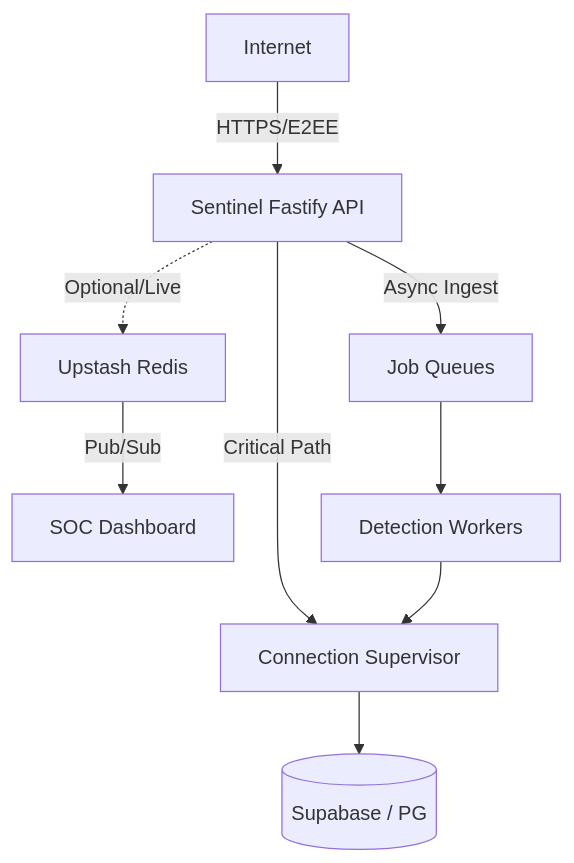
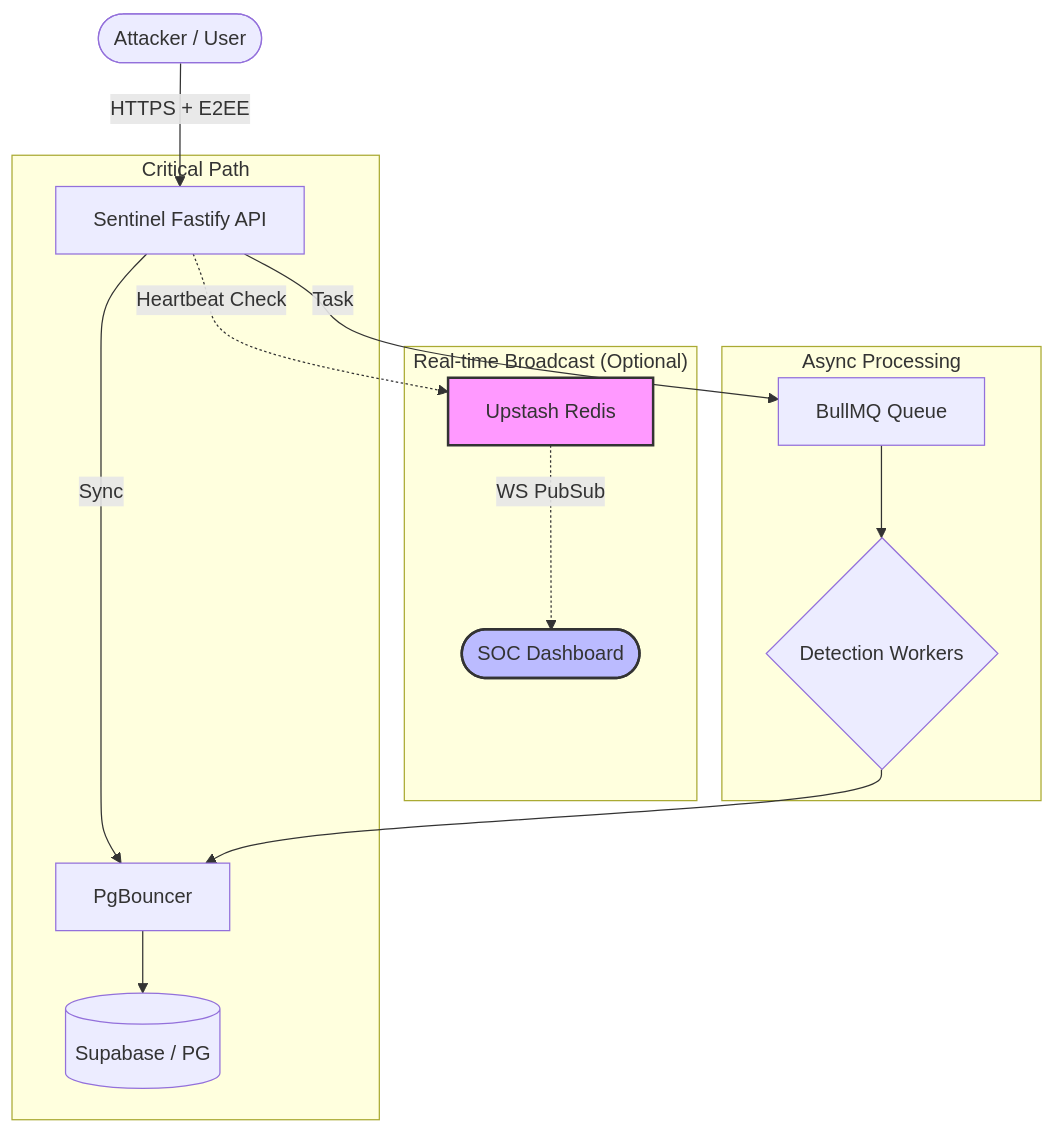
Before and after one commit to anant720/Sentinel: the diagram in backend/sentinel-core/docs/architecture.md, drawn with Mermaid. The commit also changed 1 other file, not shown here.

Commit message:
docs: fix architecture diagram formatting and refinement v26.3.2

````diff
--- a/backend/sentinel-core/docs/architecture.md
+++ b/backend/sentinel-core/docs/architecture.md
@@ -9,13 +9,23 @@
 ```mermaid
 graph TD
-    Internet-->|HTTPS/E2EE| API[Sentinel Fastify API]
-    API-->|Critical Path| PgBouncer[Connection Supervisor]
-    PgBouncer-->PostgreSQL[(Supabase / PG)]
+    User([Attacker / User]) -->|HTTPS + E2EE| API[Sentinel Fastify API]
     
-    API-.->|Optional/Live| Redis[Upstash Redis]
-    Redis-->|Pub/Sub| SOC[SOC Dashboard]
-    
-    API-->|Async Ingest| BullMQ[Job Queues]
-    BullMQ-->Workers[Detection Workers]
-    Workers-->PgBouncer
+    subgraph "Critical Path"
+        API -->|Sync| PgB[PgBouncer]
+        PgB --> DB[(Supabase / PG)]
+    end
+
+    subgraph "Real-time Broadcast (Optional)"
+        API -.->|Heartbeat Check| Redis[Upstash Redis]
+        Redis -.->|WS PubSub| SOC([SOC Dashboard])
+    end
+
+    subgraph "Async Processing"
+        API -->|Task| BMQ[BullMQ Queue]
+        BMQ --> Workers{Detection Workers}
+        Workers --> PgB
+    end
+
+    style Redis fill:#f9f,stroke:#333,stroke-width:2px
+    style SOC fill:#bbf,stroke:#333,stroke-width:2px
 ```
````
